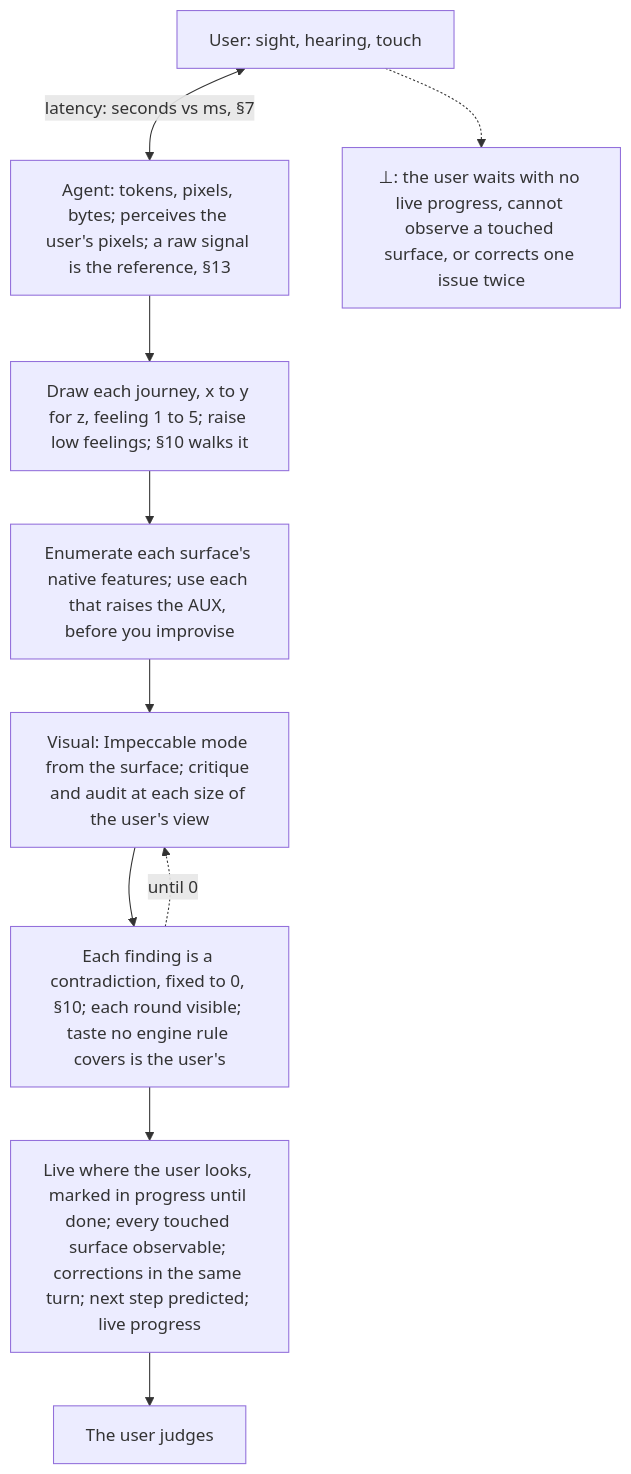
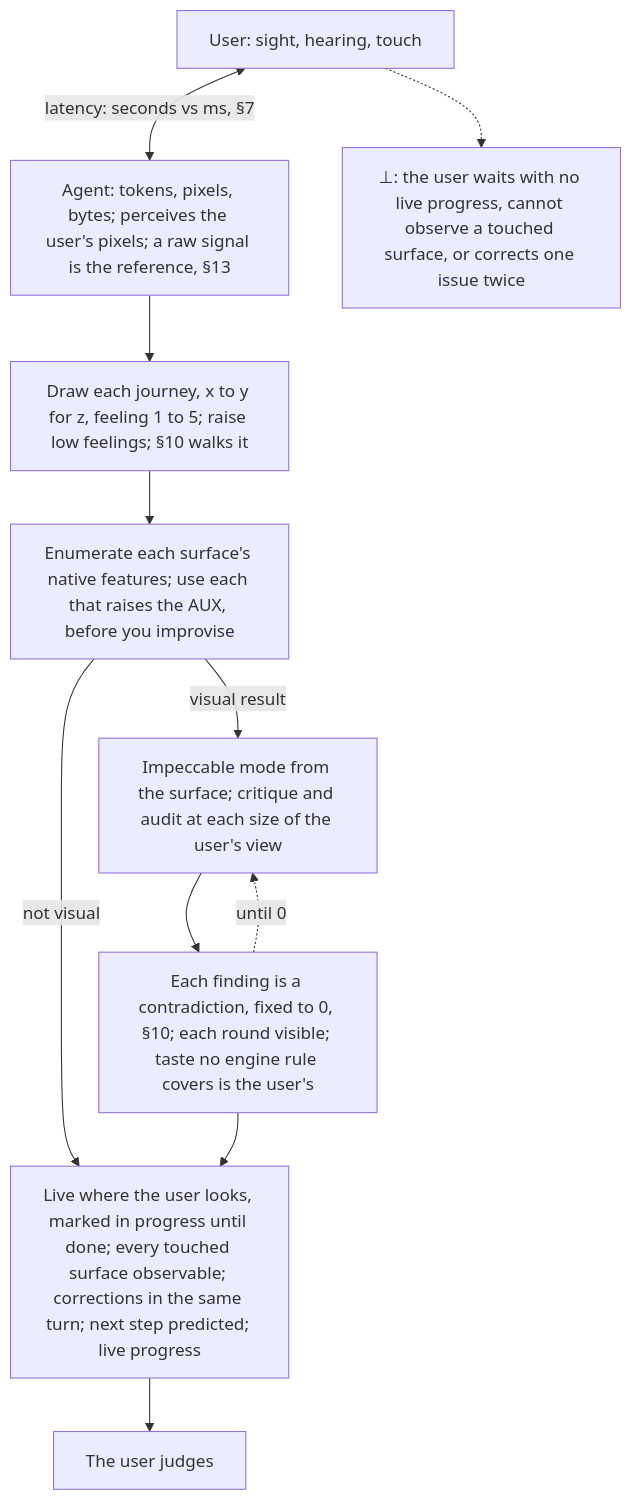
Before and after one commit to SolenixAI/arbiter: the third of 14 diagrams in AGENTS.md, drawn with Mermaid. The commit also changed other lines of this file, not shown here.

First line of the commit message:
fix(agents): bodies are right more often than not; three diagram branches match their text

````diff
--- a/AGENTS.md
+++ b/AGENTS.md
@@ -115,12 +115,13 @@
 ```mermaid
 flowchart TD
   US["User: sight, hearing, touch"] <-->|"latency: seconds vs ms, §7"| AG["Agent: tokens, pixels, bytes; perceives the user's pixels; a raw signal is the reference, §13"]
   AG --> M["Draw each journey, x to y for z, feeling 1 to 5; raise low feelings; §10 walks it"]
   M --> B["Enumerate each surface's native features; use each that raises the AUX, before you improvise"]
-  B --> P["Visual: Impeccable mode from the surface; critique and audit at each size of the user's view"]
+  B -->|visual result| P["Impeccable mode from the surface; critique and audit at each size of the user's view"]
   P --> F["Each finding is a contradiction, fixed to 0, §10; each round visible; taste no engine rule covers is the user's"]
   F -.->|until 0| P
+  B -->|not visual| T
   F --> T["Live where the user looks, marked in progress until done; every touched surface observable; corrections in the same turn; next step predicted; live progress"]
   T --> J["The user judges"]
   US -.-> BOT["⊥: the user waits with no live progress, cannot observe a touched surface, or corrects one issue twice"]
 ```
````
